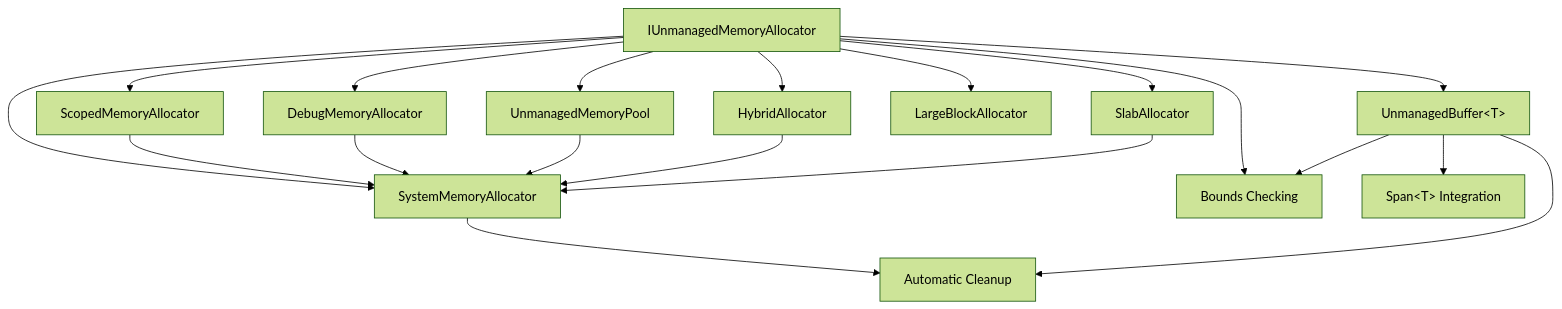
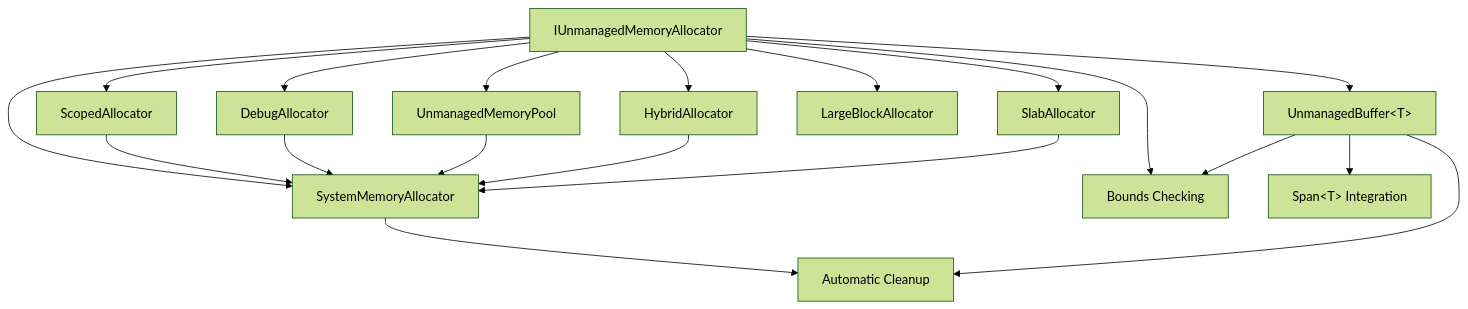
The diagram in README.md (alexzzzs/ziggyalloc), drawn with Mermaid (forest theme) before and after one commit. The commit also changed other lines of this file and 31 other files, not shown here.

````diff
--- a/README.md
+++ b/README.md
@@ -143,23 +143,23 @@
 ```mermaid
 graph TD
     A[IUnmanagedMemoryAllocator] --> B[SystemMemoryAllocator]
-    A --> C[ScopedMemoryAllocator]
-    A --> D[DebugMemoryAllocator]
+    A --> C[ScopedAllocator]
+    A --> D[DebugAllocator]
     A --> E[UnmanagedMemoryPool]
     A --> F[HybridAllocator]
     A --> G[SlabAllocator]
     A --> H[LargeBlockAllocator]
     A --> I[NumaAwareAllocator]
     A --> J[AlignedAllocator]
 
     B --> K[Native Memory]
     C --> B
     D --> B
     E --> B
     F --> B
     G --> B
     
     I[UnmanagedBuffer&lt;T&gt;] --> J[Bounds Checking]
     I --> K[Automatic Cleanup]
     I --> L[Span&lt;T&gt; Integration]
 ```
````
